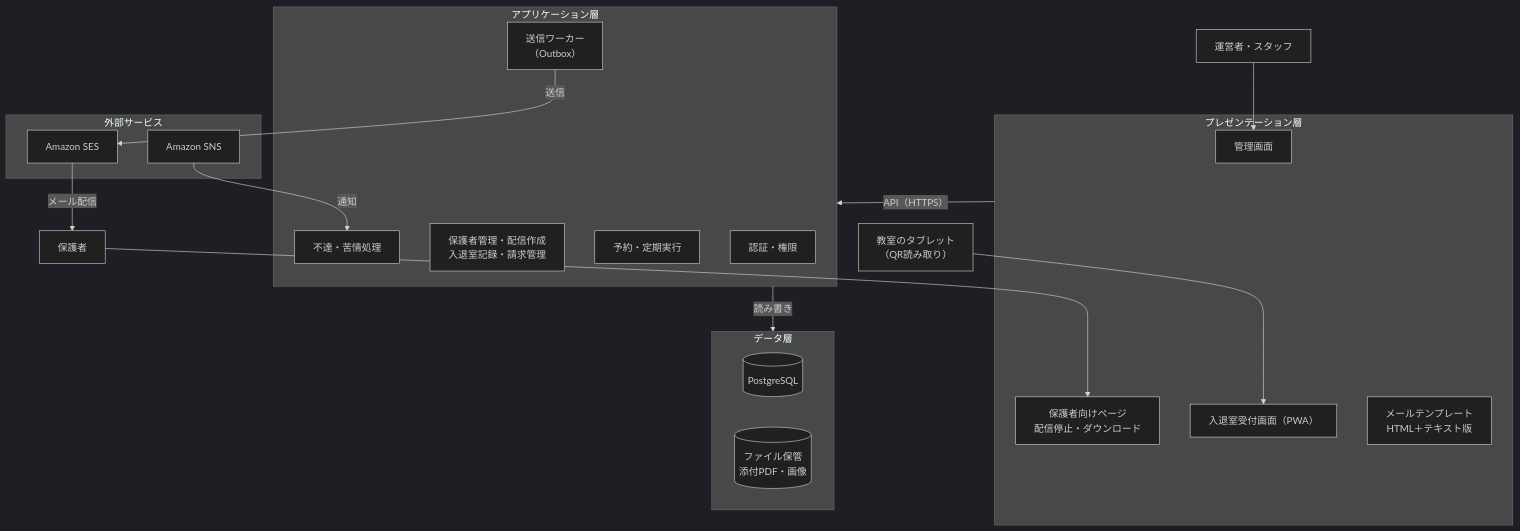
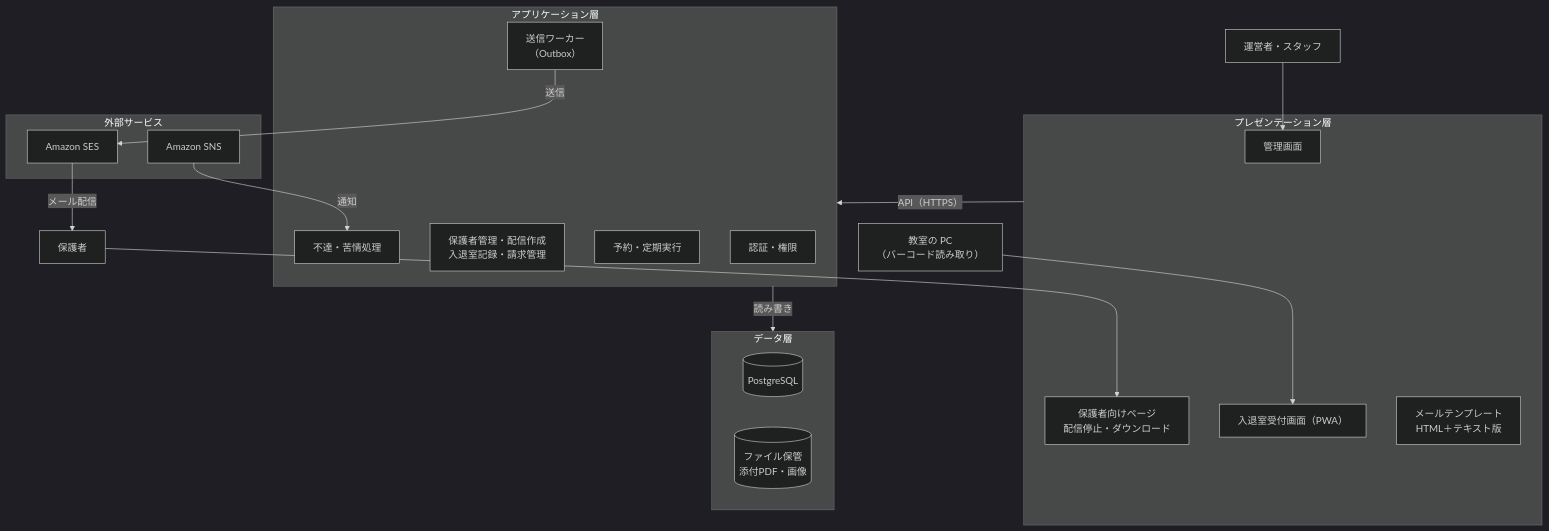
One commit to htatemura/classroom-sidecar changed the first of 2 diagrams in architecture.md. Above: the diagram before and after it, drawn with Mermaid (dark theme). The commit also changed other lines of this file, not shown here.

````diff
--- a/architecture.md
+++ b/architecture.md
@@ -33,40 +33,40 @@
 ```mermaid
 flowchart TB
     Operator["運営者・スタッフ"]
     Parent["保護者"]
-    Kiosk["教室のタブレット<br/>（QR読み取り）"]
+    Kiosk["教室の PC<br/>（バーコード読み取り）"]
 
     subgraph P["プレゼンテーション層"]
         Admin["管理画面"]
         ParentPage["保護者向けページ<br/>配信停止・ダウンロード"]
         KioskUI["入退室受付画面（PWA）"]
         Template["メールテンプレート<br/>HTML＋テキスト版"]
     end
 
     subgraph A["アプリケーション層"]
         Auth["認証・権限"]
         Domain["保護者管理・配信作成<br/>入退室記録・請求管理"]
         Worker["送信ワーカー<br/>（Outbox）"]
         Scheduler["予約・定期実行"]
         Bounce["不達・苦情処理"]
     end
 
     subgraph D["データ層"]
         DB[("PostgreSQL")]
         Files[("ファイル保管<br/>添付PDF・画像")]
     end
 
     subgraph E["外部サービス"]
         SES["Amazon SES"]
         SNS["Amazon SNS"]
     end
 
     Operator --> Admin
     Parent --> ParentPage
     Kiosk --> KioskUI
     P -->|"API（HTTPS）"| A
     A -->|"読み書き"| D
     Worker -->|"送信"| SES
     SNS -->|"通知"| Bounce
     SES -->|"メール配信"| Parent
 ```
````
